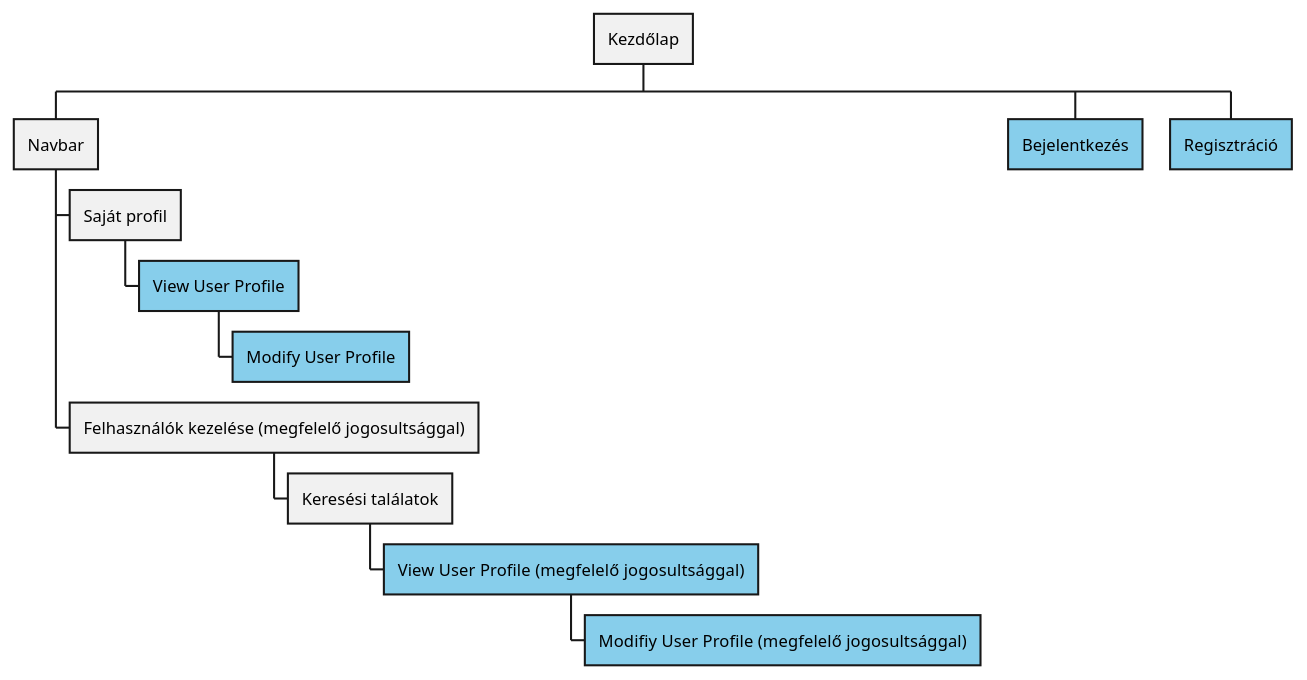
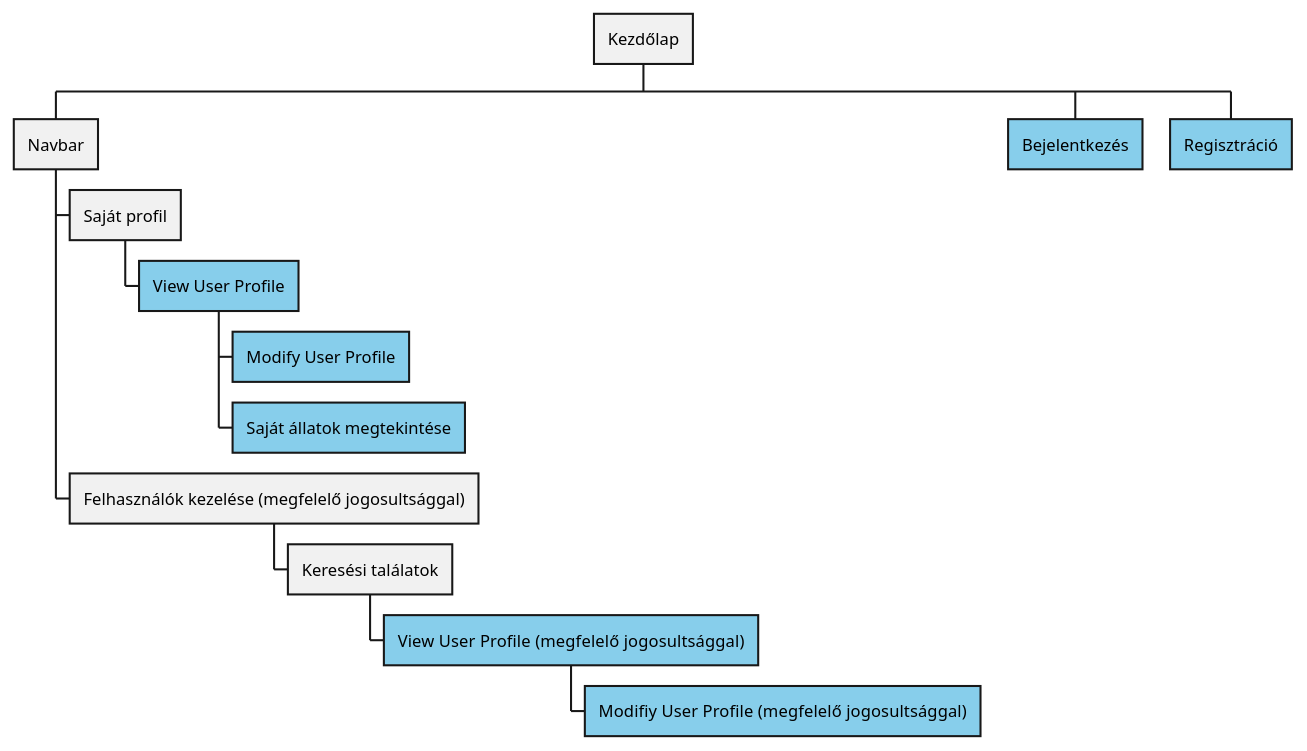
Before and after one commit to Vizsgaremek-borosd-dekanycs/srs-docs: the second of 6 diagrams in Writerside/topics/Funkcionális-Követelmények-SRS.md, drawn with PlantUML. The commit also changed other lines of this file, not shown here.

Commit message:
Saját állatok adatlap, Megfigyelésre felvétel

````diff
--- a/Writerside/topics/Funkcionális-Követelmények-SRS.md
+++ b/Writerside/topics/Funkcionális-Követelmények-SRS.md
@@ -20,16 +20,17 @@
 ```plantuml
 @startwbs
 * Kezdőlap
 ** Navbar
 *** Saját profil
 ****[#SkyBlue] View User Profile
 *****[#SkyBlue] Modify User Profile
+*****[#SkyBlue] Saját állatok megtekintése
 *** Felhasználók kezelése (megfelelő jogosultsággal)
 **** Keresési találatok
 *****[#SkyBlue] View User Profile  (megfelelő jogosultsággal)
 ******[#SkyBlue] Modifiy User Profile  (megfelelő jogosultsággal)
 **[#SkyBlue] Bejelentkezés
 **[#SkyBlue] Regisztráció
 
 @endwbs
 ```
````
